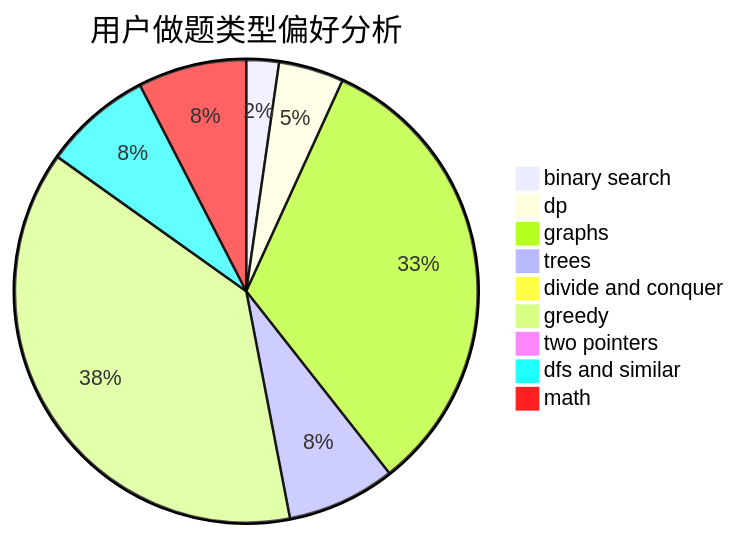
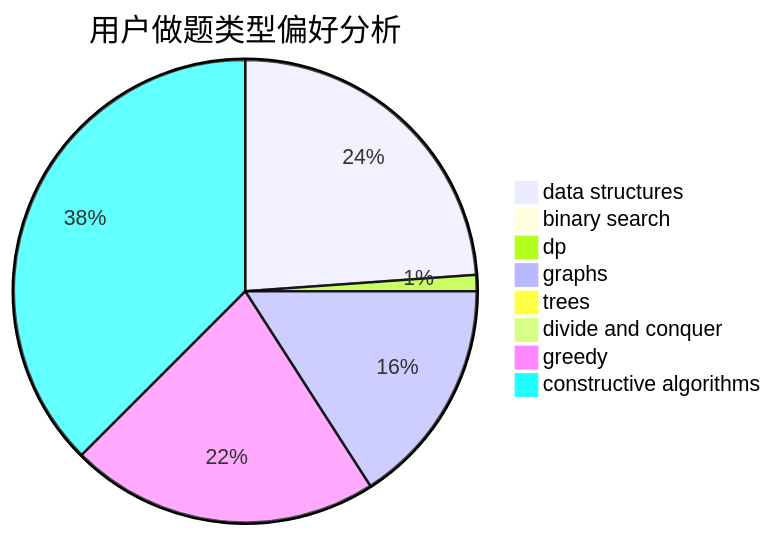
One commit to sherpahu/cfrs.github.io changed the second of 3 diagrams in docs/user/u2199.md. Above: the diagram before and after it, drawn with Mermaid. The commit also changed other lines of this file and 2775 other files, not shown here.

````diff
--- a/docs/user/u2199.md
+++ b/docs/user/u2199.md
@@ -23,12 +23,11 @@
 ```mermaid
 pie title 用户做题类型偏好分析
-    "binary search" :  3
-    "dp" :  6
-    "graphs" :  43
-    "trees" :  10
+    "data structures" :  21
+    "binary search" :  0
+    "dp" :  1
+    "graphs" :  14
+    "trees" :  0
     "divide and conquer" :  0
-    "greedy" :  50
-    "two pointers" :  0
-    "dfs and similar" :  10
-    "math" :  10
+    "greedy" :  19
+    "constructive algorithms" :  33
 ```
````
